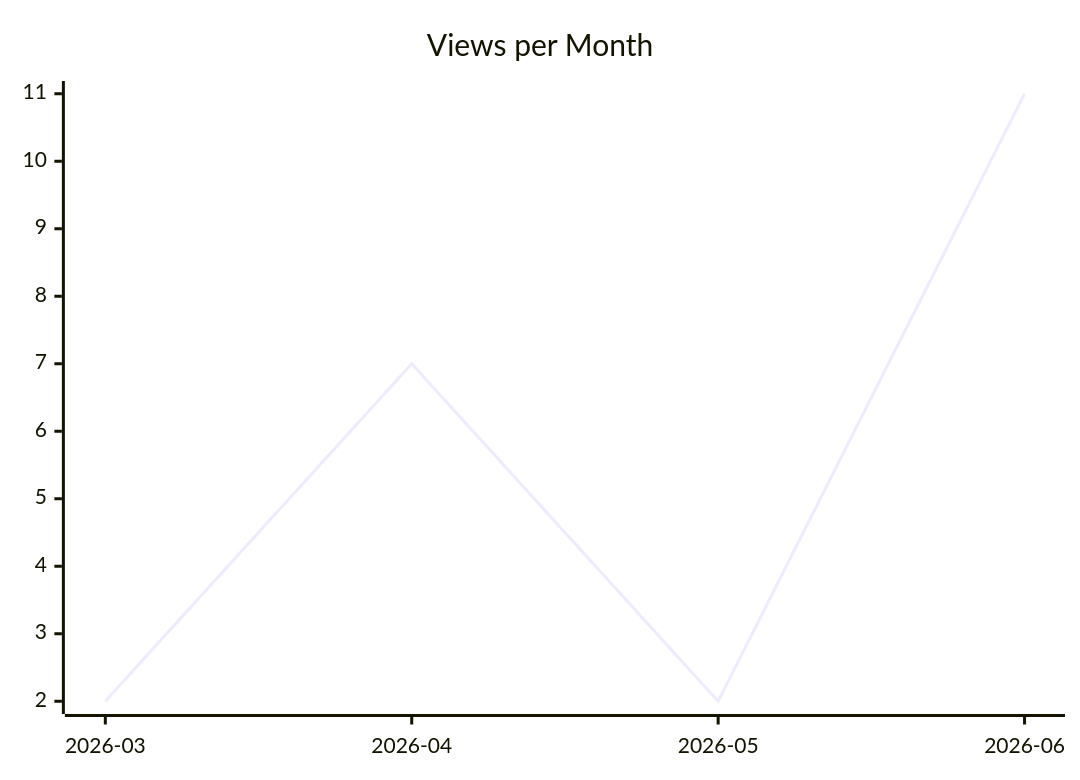
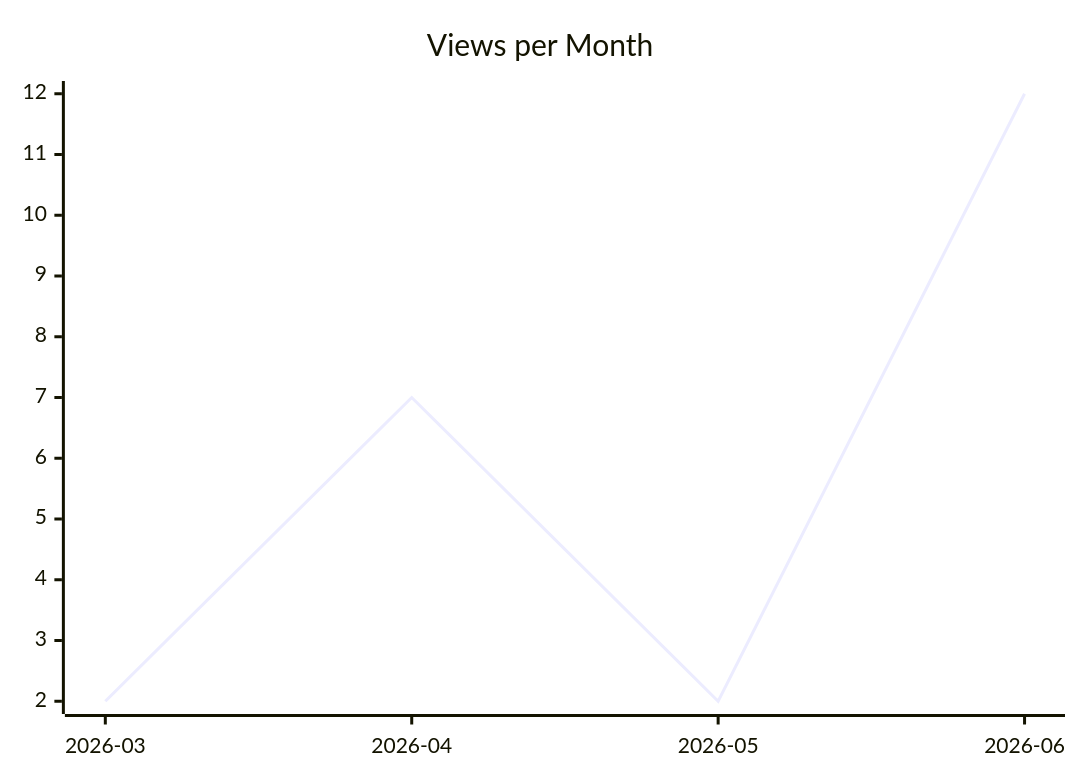
One commit to justdavis-family/github-analytics-data changed the second of 3 diagrams in karlmdavis/fhir-benchmarks/README.md. Above: the diagram before and after it, drawn with Mermaid. The commit also changed other lines of this file and 195 other files, not shown here.

````diff
--- a/karlmdavis/fhir-benchmarks/README.md
+++ b/karlmdavis/fhir-benchmarks/README.md
@@ -12,6 +12,6 @@
 ```mermaid
 xychart-beta
   title "Views per Month"
   x-axis ["2026-03", "2026-04", "2026-05", "2026-06"]
-  line [2, 7, 2, 11]
+  line [2, 7, 2, 12]
 ```
````
